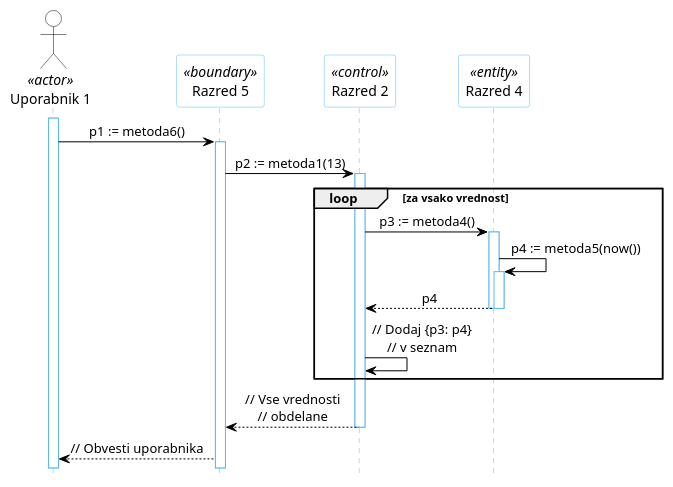
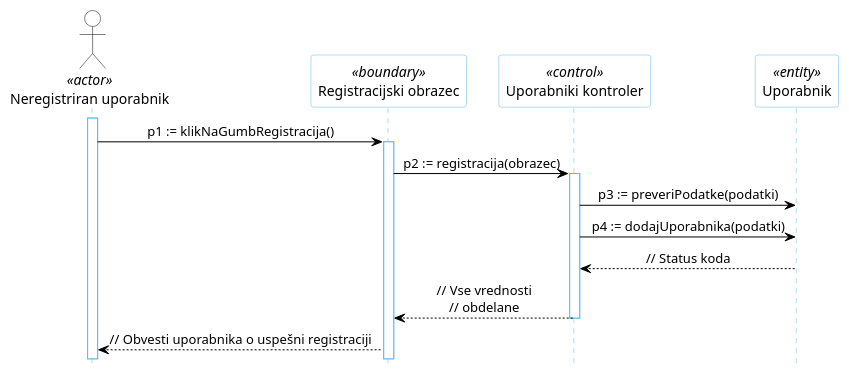
The diagram in docs/gradivo/plantuml/DZ/01a.puml (kupinah/test-tpo), drawn with PlantUML before and after one commit. The commit also changed 2 other files, not shown here.

```diff
--- a/docs/gradivo/plantuml/DZ/01a.puml
+++ b/docs/gradivo/plantuml/DZ/01a.puml
@@ -1,41 +1,30 @@
-@startuml DZ
-
+@startuml
 hide footbox
 
 skinparam backgroundcolor transparent
 skinparam defaultTextAlignment center
 skinparam actorBorderColor black
 skinparam actorBackgroundColor white
 skinparam arrowColor black  
 skinparam sequenceLifeLineBorderColor #5FB8EC
 skinparam sequenceParticipantBorderColor #5FB8EC
 skinparam sequenceParticipantBackgroundColor white
 
-actor "Uporabnik 1" AS U1 <<actor>>
+actor "Neregistriran uporabnik" AS U1 <<actor>>
 
-participant "Razred 5" as R5 <<boundary>>
-participant "Razred 2" as R2 <<control>>
-participant "Razred 4" as R4 <<entity>>
+participant "Registracijski obrazec" as R5 <<boundary>>
+participant "Uporabniki kontroler" as R2 <<control>>
+participant "Uporabnik" as R4 <<entity>>
 
 activate U1
-U1 -> R5: p1 := metoda6()
+U1 -> R5: p1 := klikNaGumbRegistracija()
 activate R5
-R5 -> R2: p2 := metoda1(13)
+R5 -> R2: p2 := registracija(obrazec)
 activate R2
-
-loop za vsako vrednost
-  R2 -> R4: p3 := metoda4()
-  activate R4
-  R4 -> R4: p4 := metoda5(now())
-  activate R4
-  R4 --> R2: p4
-  deactivate R4
-  deactivate R4
-  R2 -> R2: // Dodaj {p3: p4}\n// v seznam
-end
-
+R2 -> R4: p3 := preveriPodatke(podatki)
+R2 -> R4: p4 := dodajUporabnika(podatki)
+R4 --> R2: // Status koda
 R2 --> R5: // Vse vrednosti\n// obdelane
 deactivate R2
-R5 --> U1: // Obvesti uporabnika
-
+R5 --> U1: // Obvesti uporabnika o uspešni registraciji
 @enduml
```
